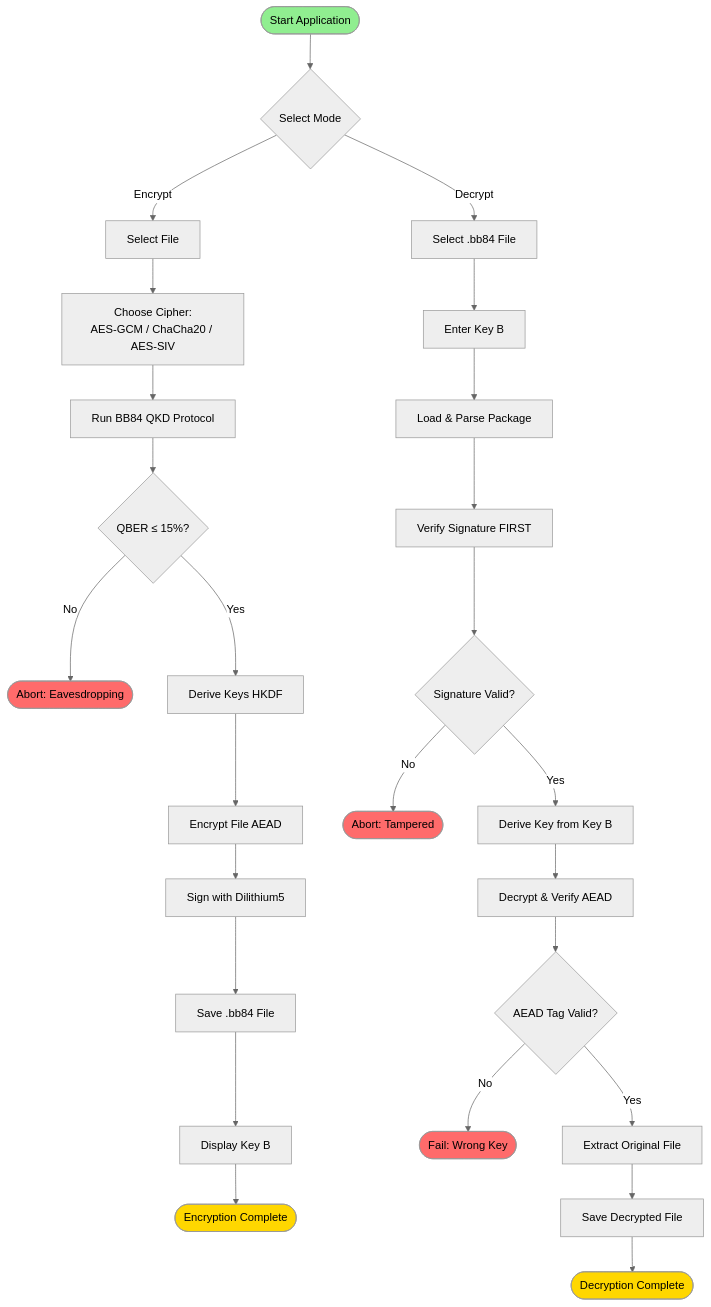
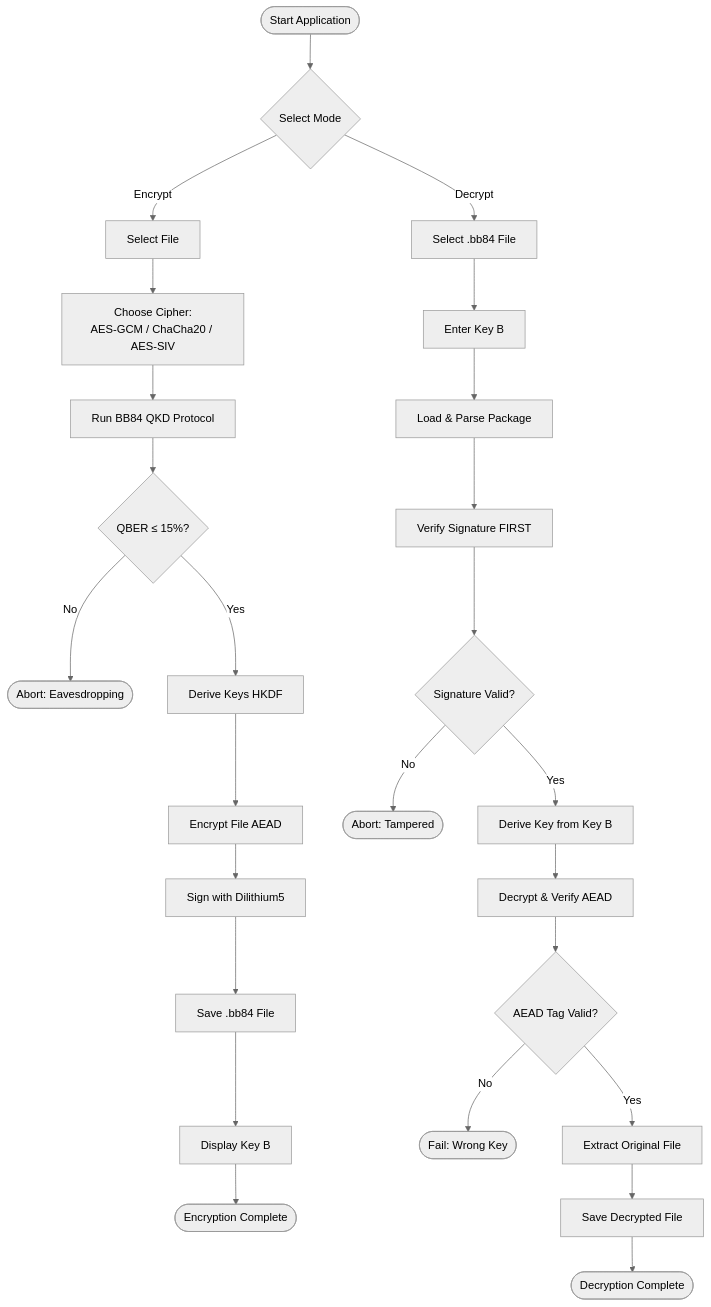
Before and after one commit to amnaahmed567/bb84-hybrid-encryption: the first of 5 diagrams in ACTIVITY_DIAGRAM.md, drawn with Mermaid (neutral theme). The commit also changed other lines of this file, not shown here.

````diff
--- a/ACTIVITY_DIAGRAM.md
+++ b/ACTIVITY_DIAGRAM.md
@@ -214,38 +11,31 @@
 ```mermaid
 flowchart TD
     Start([Start Application]) --> Mode{Select Mode}
     
     Mode -->|Encrypt| E1[Select File]
     Mode -->|Decrypt| D1[Select .bb84 File]
     
     E1 --> E2[Choose Cipher:<br/>AES-GCM / ChaCha20 / AES-SIV]
     E2 --> E3[Run BB84 QKD Protocol]
     E3 --> E4{QBER ≤ 15%?}
     E4 -->|No| E_Abort([Abort: Eavesdropping])
     E4 -->|Yes| E5[Derive Keys HKDF]
     E5 --> E6[Encrypt File AEAD]
     E6 --> E7[Sign with Dilithium5]
     E7 --> E8[Save .bb84 File]
     E8 --> E9[Display Key B]
     E9 --> E_End([Encryption Complete])
     
     D1 --> D2[Enter Key B]
     D2 --> D3[Load & Parse Package]
     D3 --> D4[Verify Signature FIRST]
     D4 --> D5{Signature Valid?}
     D5 -->|No| D_Abort([Abort: Tampered])
     D5 -->|Yes| D6[Derive Key from Key B]
     D6 --> D7[Decrypt & Verify AEAD]
     D7 --> D8{AEAD Tag Valid?}
     D8 -->|No| D_Fail([Fail: Wrong Key])
     D8 -->|Yes| D9[Extract Original File]
     D9 --> D10[Save Decrypted File]
     D10 --> D_End([Decryption Complete])
-    
-    style Start fill:#90EE90
-    style E_End fill:#FFD700
-    style D_End fill:#FFD700
-    style E_Abort fill:#FF6B6B
-    style D_Abort fill:#FF6B6B
-    style D_Fail fill:#FF6B6B
 ```
````
